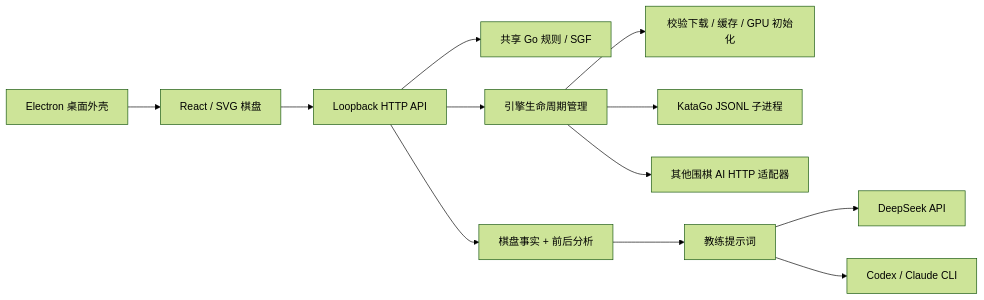
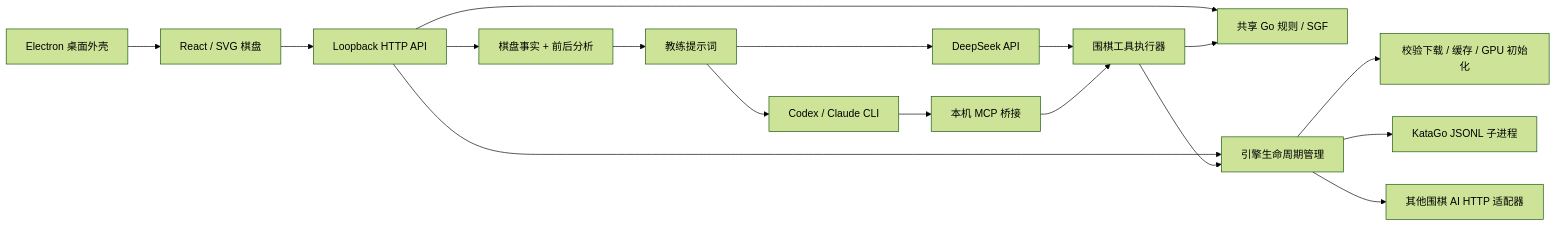
The diagram in docs/architecture.md (junyang-zh/llm-go-trainer), drawn with Mermaid (forest theme) before and after one commit. The commit also changed other lines of this file and 27 other files, not shown here.

````diff
--- a/docs/architecture.md
+++ b/docs/architecture.md
@@ -3,14 +3,19 @@
 ```mermaid
 flowchart LR
   UI[React / SVG 棋盘] --> API[Loopback HTTP API]
   Desktop[Electron 桌面外壳] --> UI
   API --> Rules[共享 Go 规则 / SGF]
   API --> Manager[引擎生命周期管理]
   Manager --> Installer[校验下载 / 缓存 / GPU 初始化]
   Manager --> Engine[KataGo JSONL 子进程]
   Manager --> External[其他围棋 AI HTTP 适配器]
   API --> Evidence[棋盘事实 + 前后分析]
   Evidence --> Coach[教练提示词]
   Coach --> DS[DeepSeek API]
   Coach --> CLI[Codex / Claude CLI]
+  DS --> Tools[围棋工具执行器]
+  CLI --> MCP[本机 MCP 桥接]
+  MCP --> Tools
+  Tools --> Rules
+  Tools --> Manager
 ```
````
